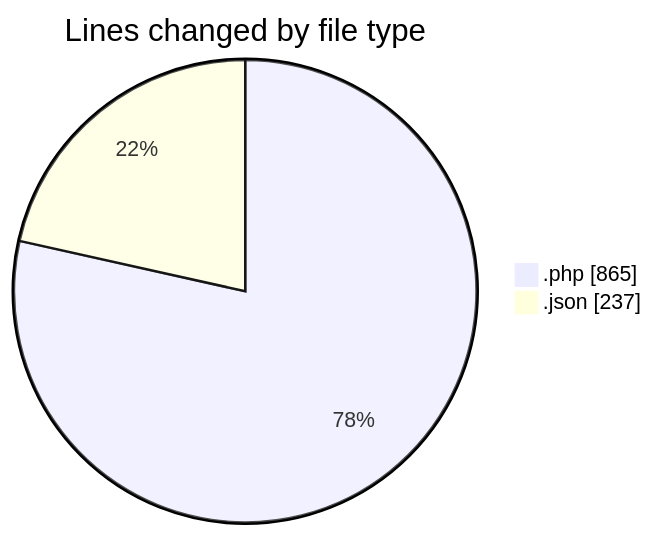
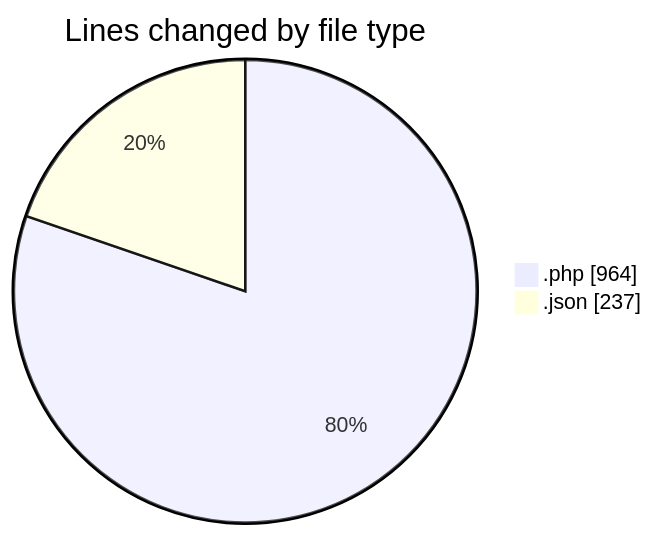
One commit to idhammustaqopulfikri/code-tracking changed the first of 2 diagrams in 2025-05-28/studio-backend/README.md. Above: the diagram before and after it, drawn with Mermaid. The commit also changed other lines of this file and 1 other file, not shown here.

````diff
--- a/2025-05-28/studio-backend/README.md
+++ b/2025-05-28/studio-backend/README.md
@@ -36,6 +36,6 @@
 ```mermaid
 pie showData
 title Lines changed by file type
-".php" : 865
+".php" : 964
 ".json" : 237
 ```
````
